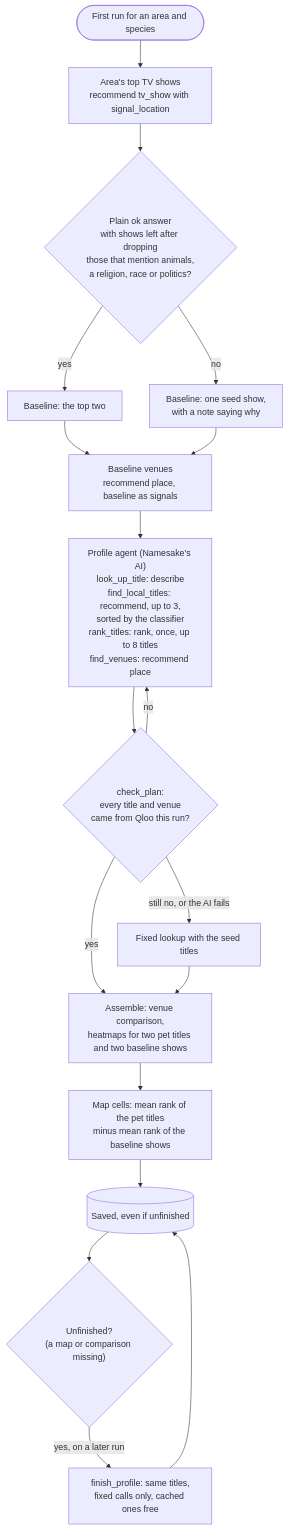
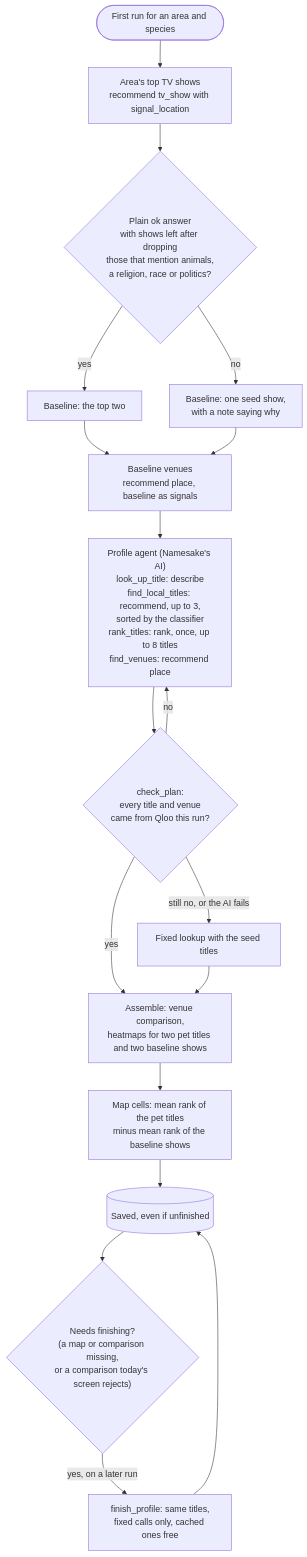
Before and after one commit to bsabau/namesake: the third of 5 diagrams in docs/architecture.md, drawn with Mermaid. The commit also changed other lines of this file, not shown here.

Commit message:
Architecture doc: the finishing loop includes a rejected comparison; an older profile hides such a show (muse)

````diff
--- a/docs/architecture.md
+++ b/docs/architecture.md
@@ -128,20 +128,20 @@
 ```mermaid
 flowchart TD
     start(["First run for an area and species"]) --> tastes["Area's top TV shows<br/>recommend tv_show with signal_location"]
     tastes --> usable{"Plain ok answer<br/>with shows left after dropping<br/>those that mention animals,<br/>a religion, race or politics?"}
     usable -- yes --> base["Baseline: the top two"]
     usable -- no --> seed["Baseline: one seed show,<br/>with a note saying why"]
     base --> basevenues["Baseline venues<br/>recommend place, baseline as signals"]
     seed --> basevenues
     basevenues --> ai["Profile agent (Namesake's AI)<br/>look_up_title: describe<br/>find_local_titles: recommend, up to 3,<br/>sorted by the classifier<br/>rank_titles: rank, once, up to 8 titles<br/>find_venues: recommend place"]
     ai --> check{"check_plan:<br/>every title and venue<br/>came from Qloo this run?"}
     check -- no --> ai
     check -- "still no, or the AI fails" --> fixed["Fixed lookup with the seed titles"]
     check -- yes --> assemble
     fixed --> assemble["Assemble: venue comparison,<br/>heatmaps for two pet titles and two baseline shows"]
     assemble --> lift["Map cells: mean rank of the pet titles<br/>minus mean rank of the baseline shows"]
     lift --> save[("Saved, even if unfinished")]
-    save --> later{"Unfinished?<br/>(a map or comparison missing)"}
+    save --> later{"Needs finishing?<br/>(a map or comparison missing,<br/>or a comparison today's screen rejects)"}
     later -- "yes, on a later run" --> finish["finish_profile: same titles,<br/>fixed calls only, cached ones free"]
     finish --> save
 ```
````
